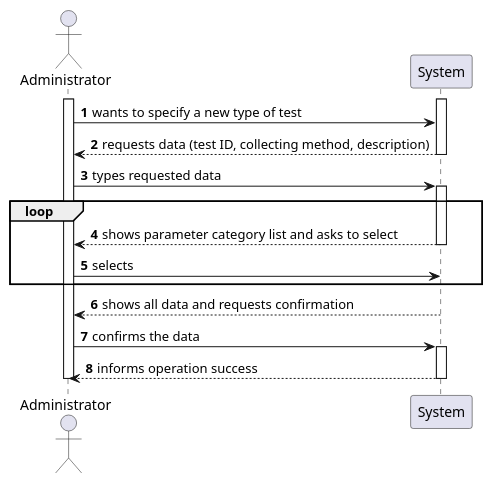
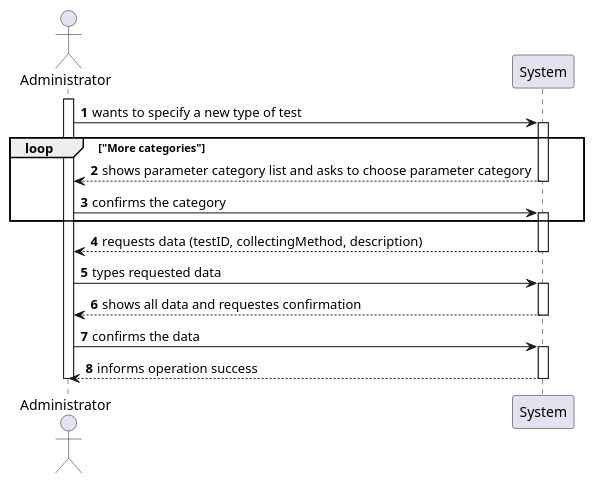
One commit to MarianaCLages/LAPR2 changed the diagram in docs/SprintB/US09/US9_SSD.puml. Above: the diagram before and after it, drawn with PlantUML. The commit also changed 4 other files, not shown here.

```diff
--- a/docs/SprintB/US09/US9_SSD.puml
+++ b/docs/SprintB/US09/US9_SSD.puml
@@ -1,26 +1,34 @@
 @startuml
 autonumber
 actor Administrator as A
 participant "System" as S
+
 activate A
+A -> S: wants to specify a new type of test
 activate S
-A -> S: wants to specify a new type of test
-S --> A: requests data (test ID, collecting method, description)
+loop "More categories"
+S --> A: shows parameter category list and asks to choose parameter category
+
+deactivate S
+A -> S: confirms the category
+activate S
+
+end
+
+S --> A: requests data (testID, collectingMethod, description)
 deactivate S
 A -> S: types requested data
 activate S
-loop
-S --> A: shows parameter category list and asks to select
+
+S --> A: shows all data and requestes confirmation
 deactivate S
-A -> S: selects
-end
-activate S
-S --> A: shows all data and requests confirmation
-deactivate S
+
 A -> S: confirms the data
 activate S
+
 S --> A: informs operation success
 deactivate S
 deactivate A
 
+
 @enduml
```
